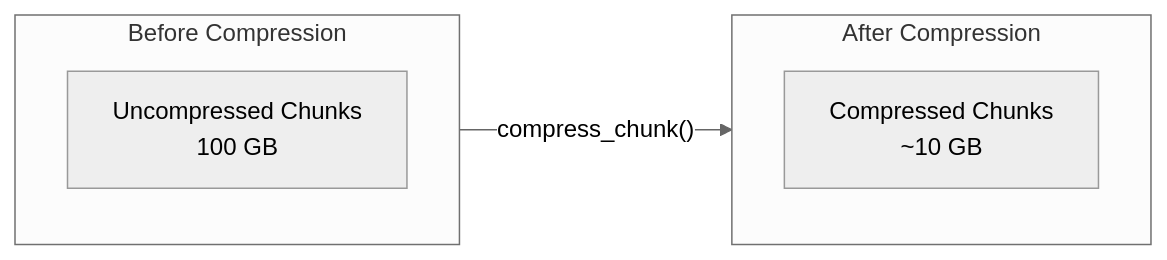
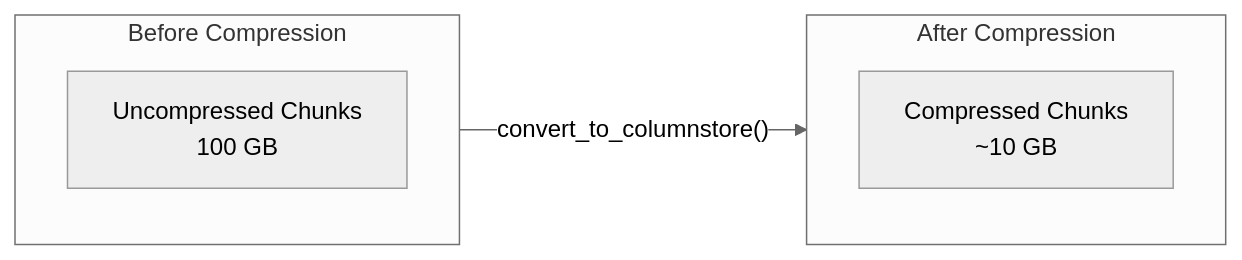
One commit to OneUptime/blog changed the sixth of 8 diagrams in posts/2026-01-26-timescaledb-hypertables/README.md. Above: the diagram before and after it, drawn with Mermaid (neutral theme). The commit also changed other lines of this file and 2 other files, not shown here.

````diff
--- a/posts/2026-01-26-timescaledb-hypertables/README.md
+++ b/posts/2026-01-26-timescaledb-hypertables/README.md
@@ -502,12 +487,12 @@
 ```mermaid
 flowchart LR
     subgraph Before["Before Compression"]
         UC["Uncompressed Chunks<br/>100 GB"]
     end
 
     subgraph After["After Compression"]
         CC["Compressed Chunks<br/>~10 GB"]
     end
 
-    Before --> |"compress_chunk()"| After
+    Before --> |"convert_to_columnstore()"| After
 ```
````
